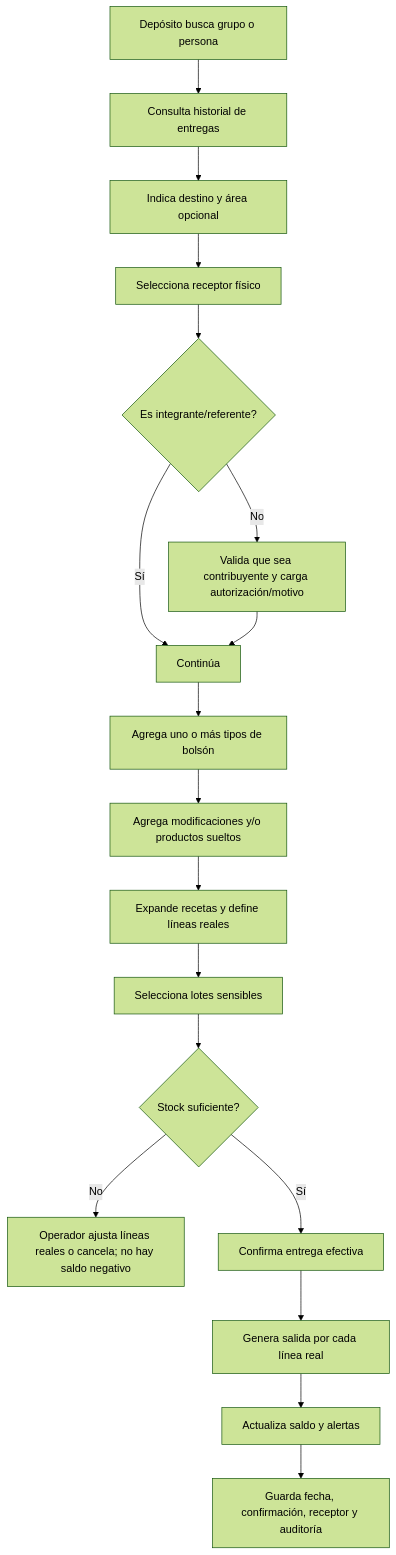
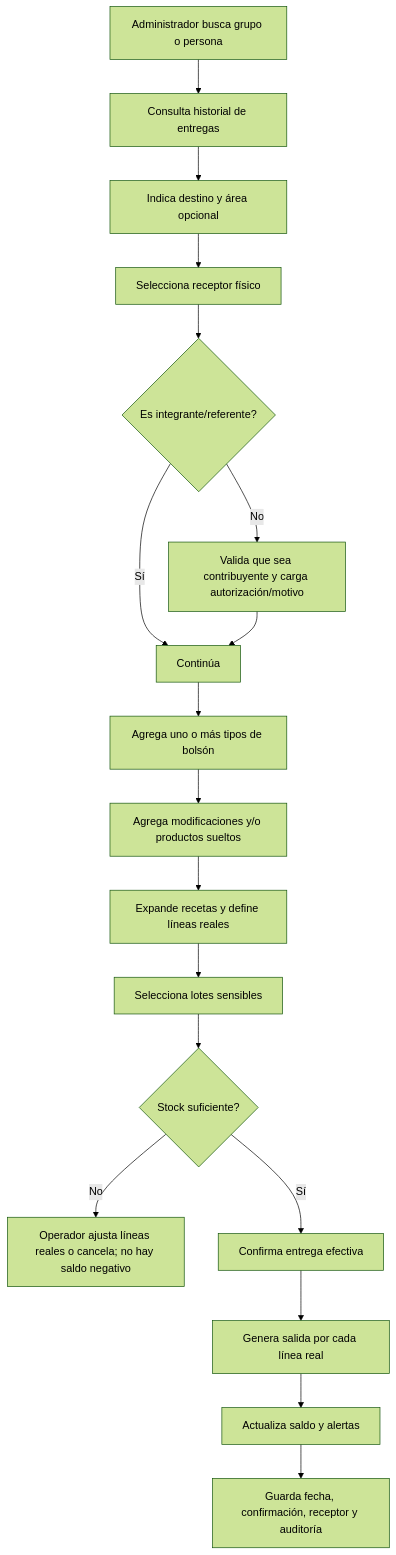
Before and after one commit to MuniSanBenito/SIGAS: the sixth of 9 diagrams in docs/05-FLUJOS-DE-PROCESOS.md, drawn with Mermaid (forest theme). The commit also changed other lines of this file and 21 other files, not shown here.

````diff
--- a/docs/05-FLUJOS-DE-PROCESOS.md
+++ b/docs/05-FLUJOS-DE-PROCESOS.md
@@ -86,20 +86,20 @@
 ```mermaid
 flowchart TD
-    A[Depósito busca grupo o persona] --> B[Consulta historial de entregas]
+    A[Administrador busca grupo o persona] --> B[Consulta historial de entregas]
     B --> C[Indica destino y área opcional]
     C --> D[Selecciona receptor físico]
     D --> E{Es integrante/referente?}
     E -- Sí --> F[Continúa]
     E -- No --> G[Valida que sea contribuyente y carga autorización/motivo]
     G --> F
     F --> H[Agrega uno o más tipos de bolsón]
     H --> I[Agrega modificaciones y/o productos sueltos]
     I --> J[Expande recetas y define líneas reales]
     J --> K[Selecciona lotes sensibles]
     K --> L{Stock suficiente?}
     L -- No --> M[Operador ajusta líneas reales o cancela; no hay saldo negativo]
     L -- Sí --> N[Confirma entrega efectiva]
     N --> O[Genera salida por cada línea real]
     O --> P[Actualiza saldo y alertas]
     P --> Q[Guarda fecha, confirmación, receptor y auditoría]
 ```
````
